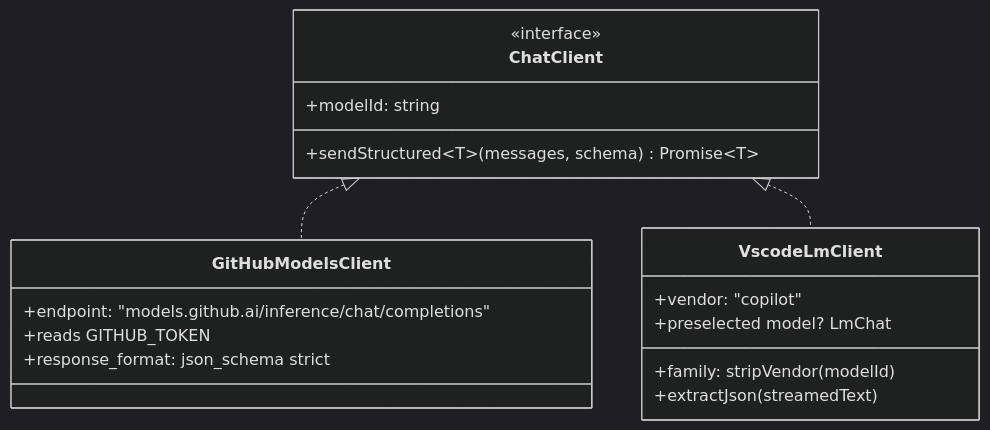
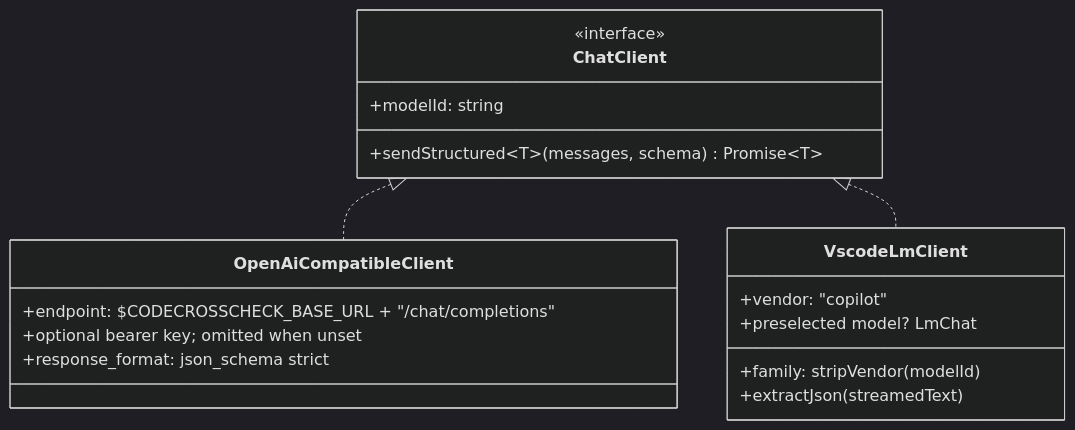
Before and after one commit to tpiironen/codecrosscheck: the fourth of 6 diagrams in docs/ARCHITECTURE.md, drawn with Mermaid (dark theme). The commit also changed other lines of this file and 24 other files, not shown here.

````diff
--- a/docs/ARCHITECTURE.md
+++ b/docs/ARCHITECTURE.md
@@ -235,21 +240,21 @@
 ```mermaid
 classDiagram
   class ChatClient {
     <<interface>>
     +modelId: string
     +sendStructured~T~(messages, schema) Promise~T~
   }
-  class GitHubModelsClient {
-    +endpoint: "models.github.ai/inference/chat/completions"
-    +reads GITHUB_TOKEN
+  class OpenAiCompatibleClient {
+    +endpoint: $CODECROSSCHECK_BASE_URL + "/chat/completions"
+    +optional bearer key; omitted when unset
     +response_format: json_schema strict
   }
   class VscodeLmClient {
     +vendor: "copilot"
     +family: stripVendor(modelId)
     +preselected model? LmChat
     +extractJson(streamedText)
   }
-  ChatClient <|.. GitHubModelsClient
+  ChatClient <|.. OpenAiCompatibleClient
   ChatClient <|.. VscodeLmClient
 ```
````
